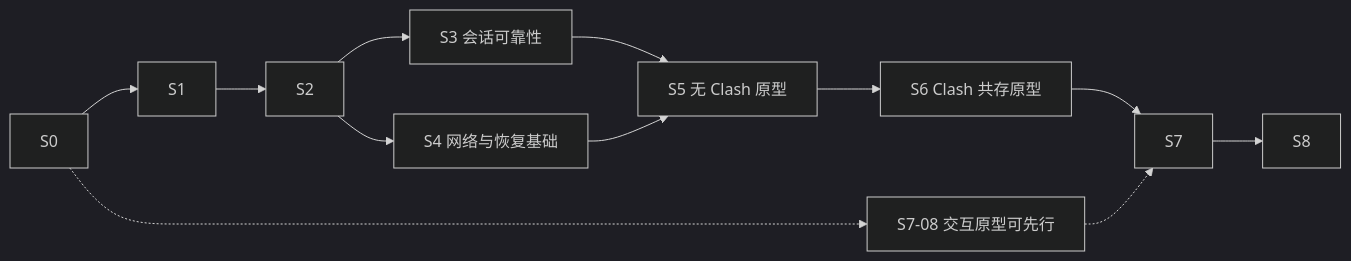
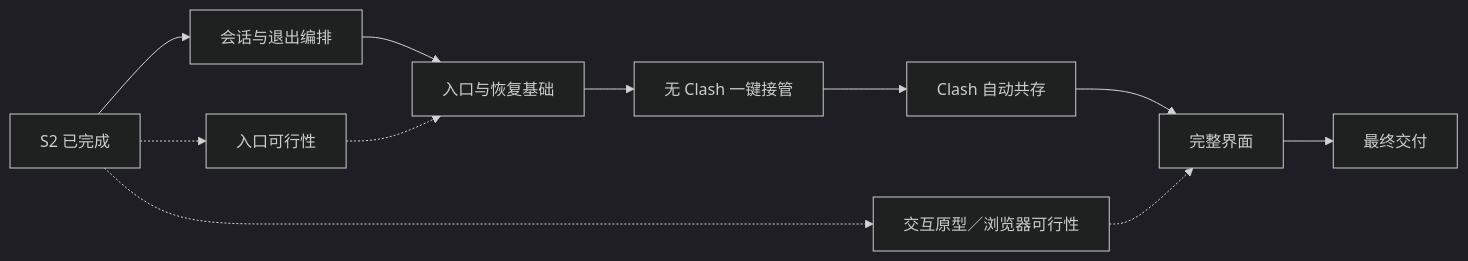
The diagram in plan.md (wtalioy/JustConnect), drawn with Mermaid (dark theme) before and after one commit. The commit also changed other lines of this file, not shown here.

````diff
--- a/plan.md
+++ b/plan.md
@@ -42,11 +55,9 @@
 ```mermaid
 flowchart LR
-    S0 --> S1 --> S2
-    S2 --> S3["S3 会话可靠性"]
-    S2 --> S4["S4 网络与恢复基础"]
-    S3 --> S5["S5 无 Clash 原型"]
-    S4 --> S5
-    S5 --> S6["S6 Clash 共存原型"] --> S7 --> S8
-    S0 -.-> UI["S7-08 交互原型可先行"]
-    UI -.-> S7
+    Base["S2 已完成"] --> Session["会话与退出编排"] --> Safety["入口与恢复基础"]
+    Safety --> Access["无 Clash 一键接管"] --> Clash["Clash 自动共存"] --> UI["完整界面"] --> Delivery["最终交付"]
+    Base -.-> Probe["入口可行性"]
+    Probe -.-> Safety
+    Base -.-> Design["交互原型／浏览器可行性"]
+    Design -.-> UI
 ```
````
